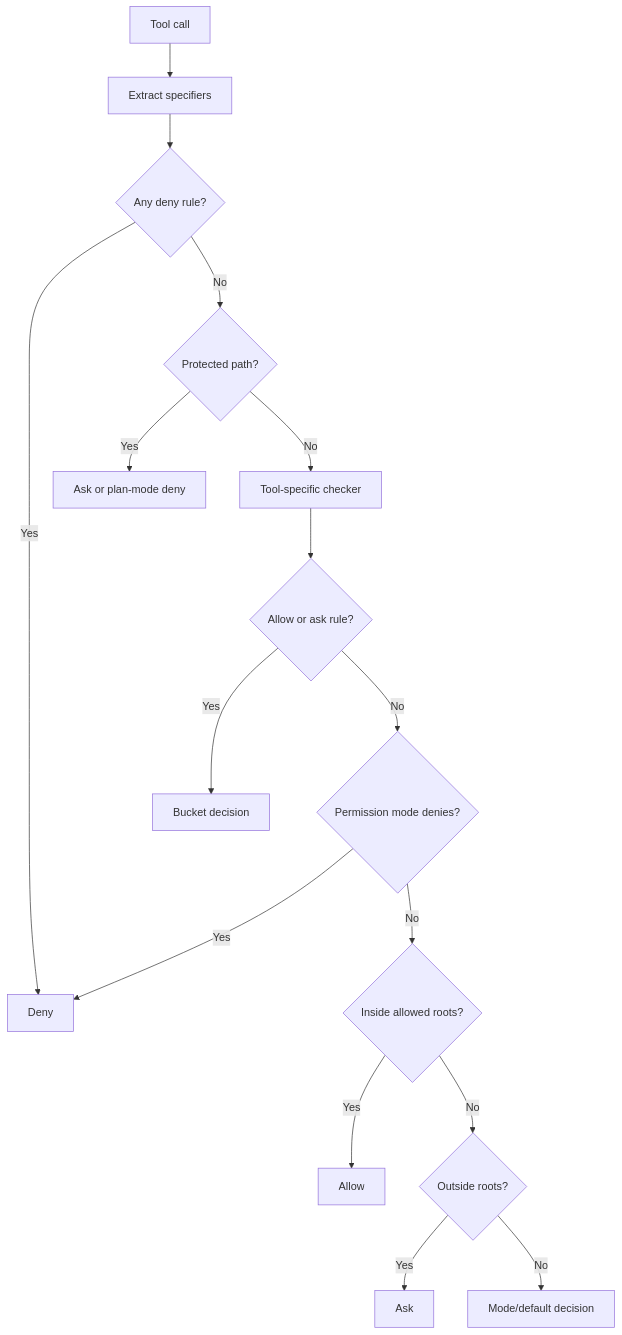
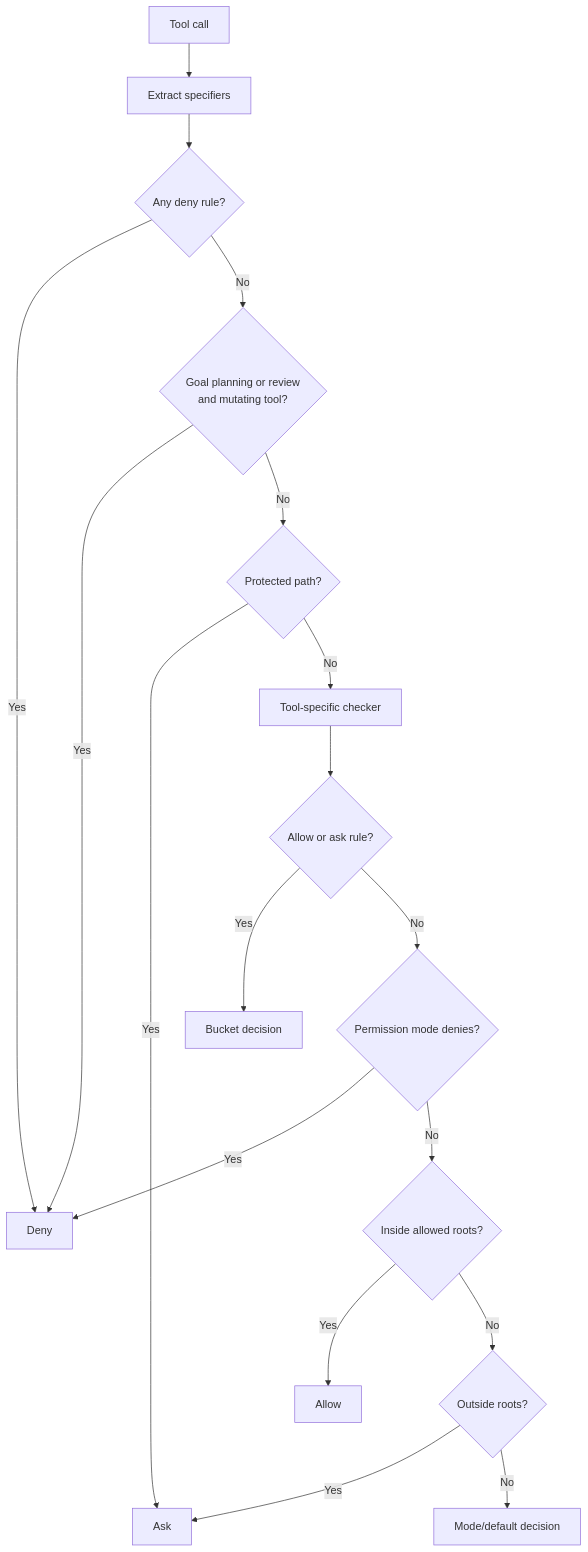
Before and after one commit to FrauH0lle/mevedel: the diagram in docs/permissions.md, drawn with Mermaid. The commit also changed other lines of this file and 45 other files, not shown here.

Commit message:
feat!: Replace Plan mode with supervised Goals

````diff
--- a/docs/permissions.md
+++ b/docs/permissions.md
@@ -5,18 +5,20 @@
 ```mermaid
 flowchart TD
     A[Tool call] --> B[Extract specifiers]
     B --> C{Any deny rule?}
     C -- Yes --> Z[Deny]
-    C -- No --> D{Protected path?}
-    D -- Yes --> E[Ask or plan-mode deny]
-    D -- No --> F[Tool-specific checker]
+    C -- No --> D{Goal planning or review<br/>and mutating tool?}
+    D -- Yes --> Z
+    D -- No --> E{Protected path?}
+    E -- Yes --> X[Ask]
+    E -- No --> F[Tool-specific checker]
     F --> G{Allow or ask rule?}
     G -- Yes --> H[Bucket decision]
     G -- No --> I{Permission mode denies?}
     I -- Yes --> Z
     I -- No --> J{Inside allowed roots?}
     J -- Yes --> Y[Allow]
     J -- No --> K{Outside roots?}
     K -- Yes --> X[Ask]
     K -- No --> L[Mode/default decision]
 ```
````
